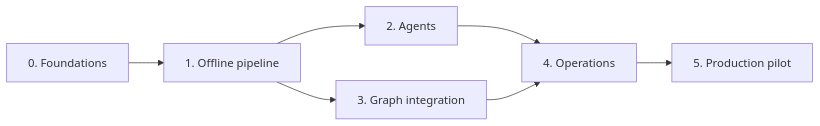
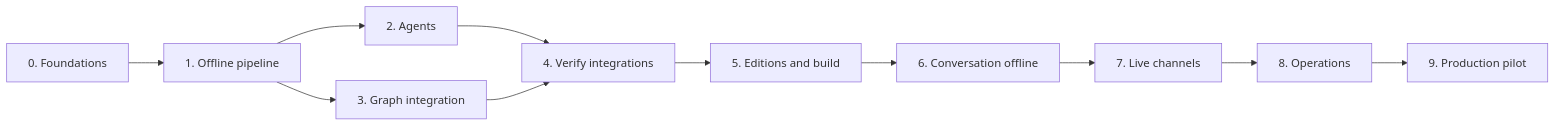
One commit to TecharyBenN/techary-pulse changed the diagram in docs/development-plan.md. Above: the diagram before and after it, drawn with Mermaid. The commit also changed other lines of this file and 1 other file, not shown here.

````diff
--- a/docs/development-plan.md
+++ b/docs/development-plan.md
@@ -132,9 +172,13 @@
 ```mermaid
 flowchart LR
     P0["0. Foundations"] --> P1["1. Offline pipeline"]
     P1 --> P2["2. Agents"]
     P1 --> P3["3. Graph integration"]
-    P2 --> P4["4. Operations"]
+    P2 --> P4["4. Verify integrations"]
     P3 --> P4
-    P4 --> P5["5. Production pilot"]
+    P4 --> P5["5. Editions and build"]
+    P5 --> P6["6. Conversation offline"]
+    P6 --> P7["7. Live channels"]
+    P7 --> P8["8. Operations"]
+    P8 --> P9["9. Production pilot"]
 ```
````
